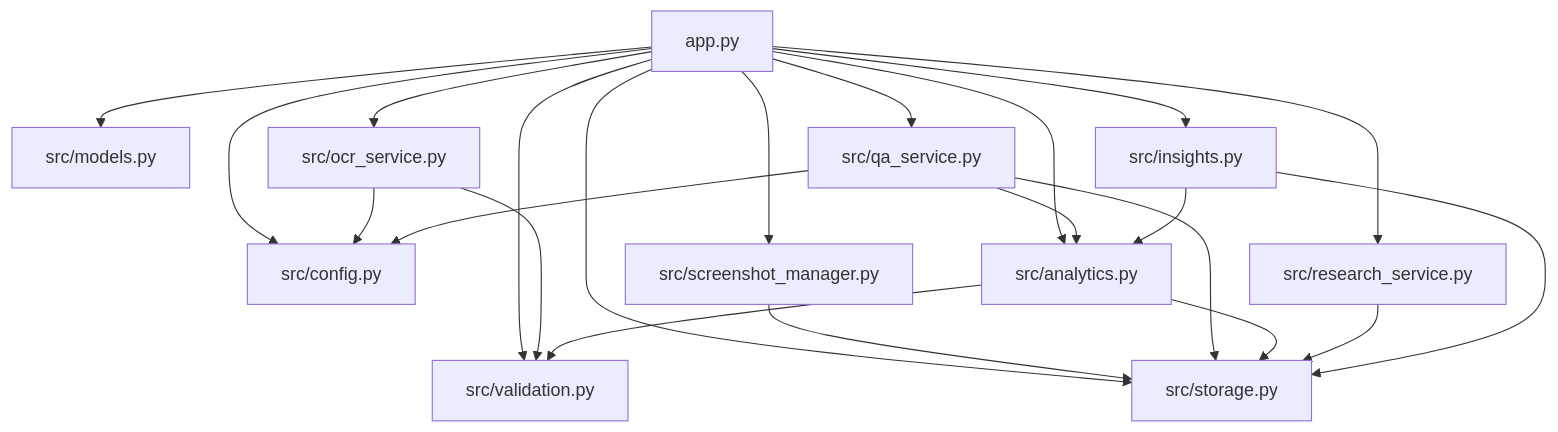
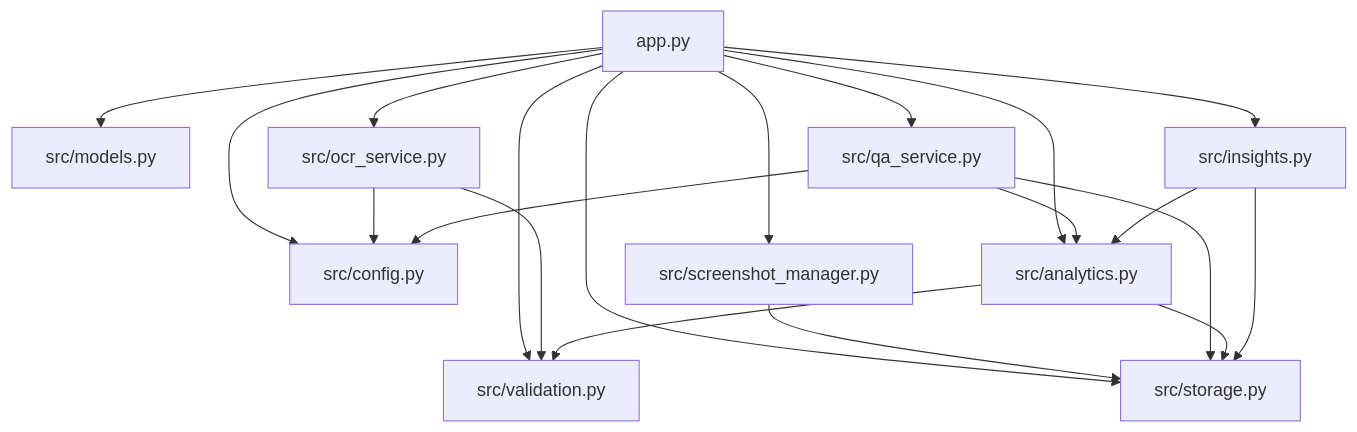
Before and after one commit to Johnny22056/SwimingStatus: diagram 13 of 13 in .qoder/repowiki/en/content/Core Components/Application Controller.md, drawn with Mermaid. The commit also changed other lines of this file and 4 other files, not shown here.

First line of the commit message:
feat: UI modernization - dark theme, KPI cards, chart subtitles, table & button styling

````diff
--- a/.qoder/repowiki/en/content/Core Components/Application Controller.md
+++ b/.qoder/repowiki/en/content/Core Components/Application Controller.md
@@ -463,24 +493,22 @@
 ```mermaid
 graph TB
 APP["app.py"] --> CFG["src/config.py"]
 APP --> MOD["src/models.py"]
 APP --> ST["src/storage.py"]
 APP --> SM["src/screenshot_manager.py"]
 APP --> OCR["src/ocr_service.py"]
 APP --> VAL["src/validation.py"]
 APP --> ANA["src/analytics.py"]
-APP --> RES["src/research_service.py"]
 APP --> INS["src/insights.py"]
 APP --> QA["src/qa_service.py"]
 SM --> ST
 OCR --> VAL
 OCR --> CFG
 QA --> CFG
 QA --> ST
 QA --> ANA
 ANA --> ST
 ANA --> VAL
-RES --> ST
 INS --> ST
 INS --> ANA
 ```
````
